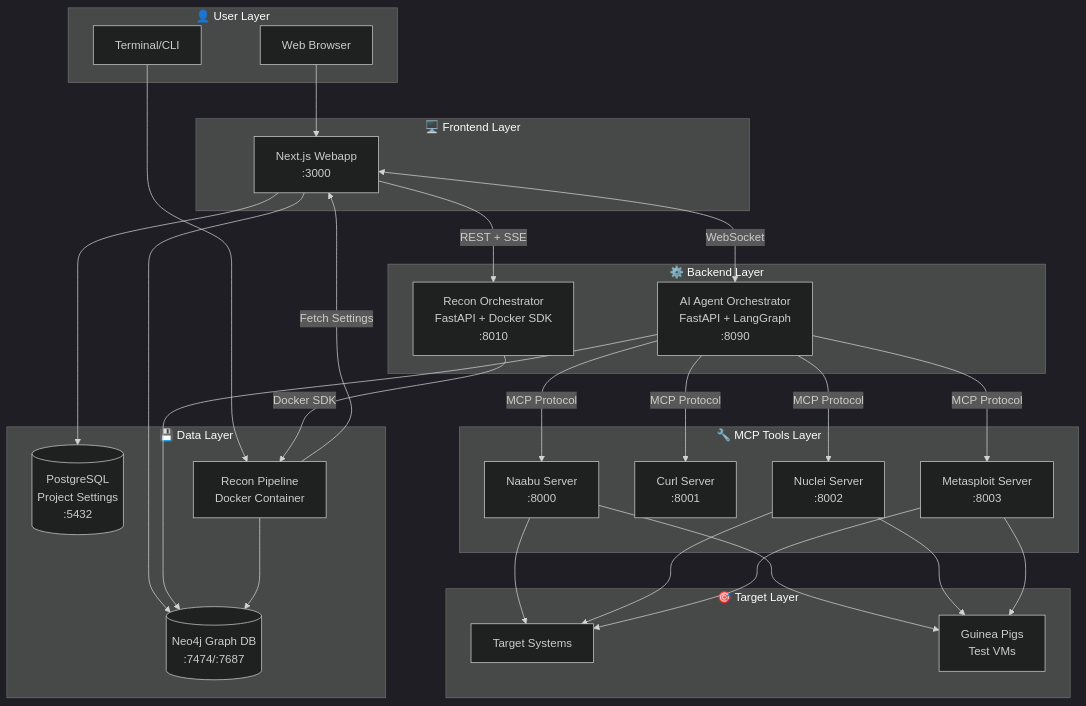
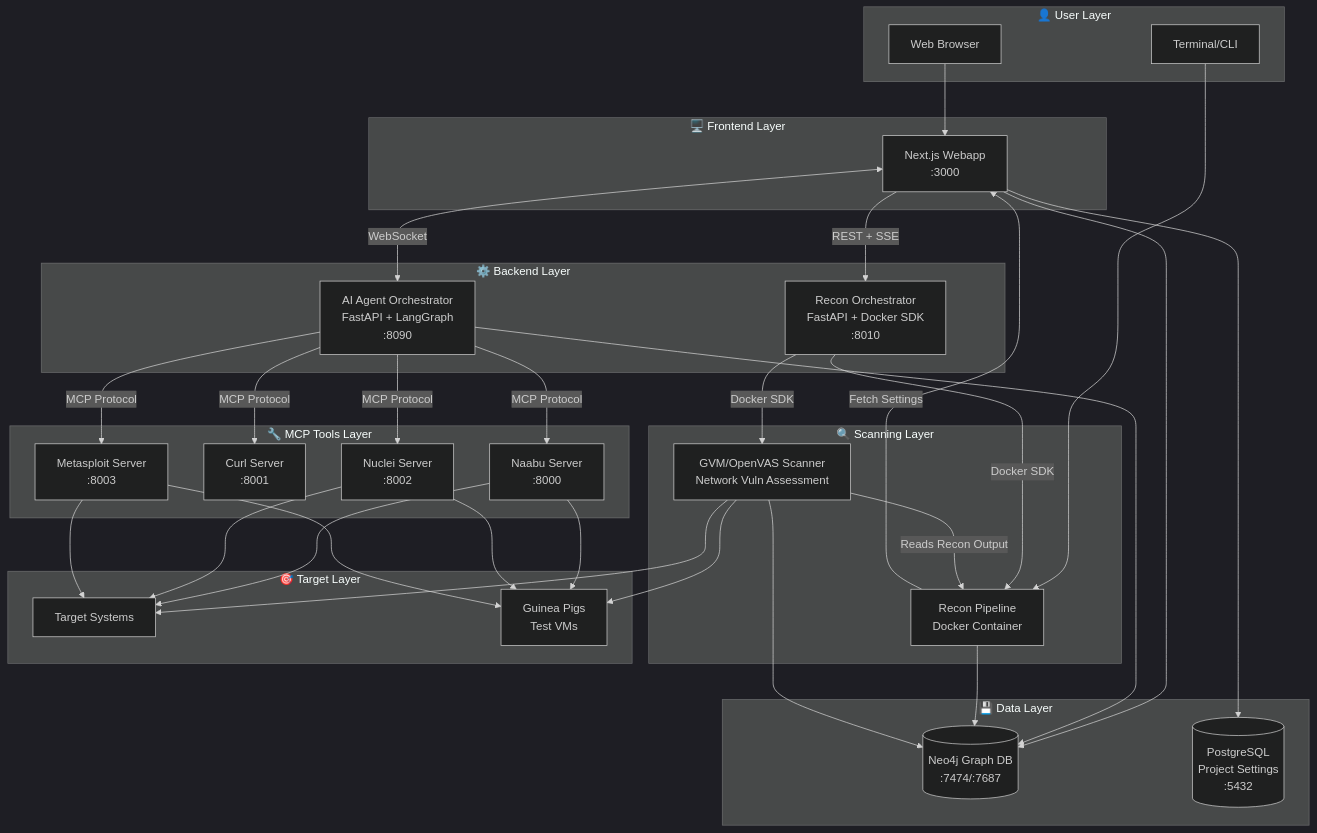
Before and after one commit to wizard2773/redamon: the second of 8 diagrams in README.md, drawn with Mermaid (dark theme). The commit also changed other lines of this file and 20 other files, not shown here.

````diff
--- a/README.md
+++ b/README.md
@@ -527,55 +793,64 @@
 ```mermaid
 flowchart TB
     subgraph User["👤 User Layer"]
         Browser[Web Browser]
         CLI[Terminal/CLI]
     end
 
     subgraph Frontend["🖥️ Frontend Layer"]
         Webapp[Next.js Webapp<br/>:3000]
     end
 
     subgraph Backend["⚙️ Backend Layer"]
         Agent[AI Agent Orchestrator<br/>FastAPI + LangGraph<br/>:8090]
         ReconOrch[Recon Orchestrator<br/>FastAPI + Docker SDK<br/>:8010]
     end
 
     subgraph Tools["🔧 MCP Tools Layer"]
         Naabu[Naabu Server<br/>:8000]
         Curl[Curl Server<br/>:8001]
         Nuclei[Nuclei Server<br/>:8002]
         Metasploit[Metasploit Server<br/>:8003]
     end
 
+    subgraph Scanning["🔍 Scanning Layer"]
+        Recon[Recon Pipeline<br/>Docker Container]
+        GVM[GVM/OpenVAS Scanner<br/>Network Vuln Assessment]
+    end
+
     subgraph Data["💾 Data Layer"]
         Neo4j[(Neo4j Graph DB<br/>:7474/:7687)]
         Postgres[(PostgreSQL<br/>Project Settings<br/>:5432)]
-        Recon[Recon Pipeline<br/>Docker Container]
     end
 
     subgraph Targets["🎯 Target Layer"]
         Target[Target Systems]
         GuineaPigs[Guinea Pigs<br/>Test VMs]
     end
 
     Browser --> Webapp
     CLI --> Recon
     Webapp <-->|WebSocket| Agent
     Webapp -->|REST + SSE| ReconOrch
     Webapp --> Neo4j
     Webapp --> Postgres
     ReconOrch -->|Docker SDK| Recon
+    ReconOrch -->|Docker SDK| GVM
     Recon -->|Fetch Settings| Webapp
     Agent --> Neo4j
     Agent -->|MCP Protocol| Naabu
     Agent -->|MCP Protocol| Curl
     Agent -->|MCP Protocol| Nuclei
     Agent -->|MCP Protocol| Metasploit
     Recon --> Neo4j
+    GVM -->|Reads Recon Output| Recon
+    GVM --> Neo4j
+    GVM --> Target
+    GVM --> GuineaPigs
     Naabu --> Target
     Nuclei --> Target
     Metasploit --> Target
     Naabu --> GuineaPigs
     Nuclei --> GuineaPigs
     Metasploit --> GuineaPigs
 ```
````
